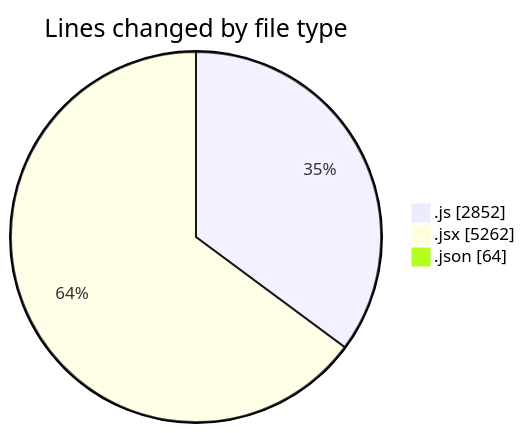
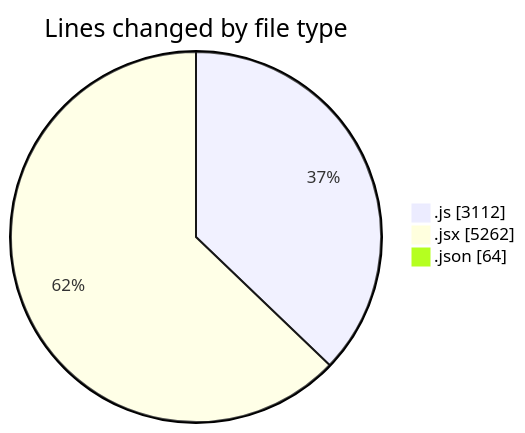
The first of 2 diagrams in 2025-08-07/nxtqube_webapp/README.md (nxtqubesakshisongat/code-tracking), drawn with Mermaid before and after one commit. The commit also changed other lines of this file and 1 other file, not shown here.

````diff
--- a/2025-08-07/nxtqube_webapp/README.md
+++ b/2025-08-07/nxtqube_webapp/README.md
@@ -25,7 +25,7 @@
 ```mermaid
 pie showData
 title Lines changed by file type
-".js" : 2852
+".js" : 3112
 ".jsx" : 5262
 ".json" : 64
 ```
````
